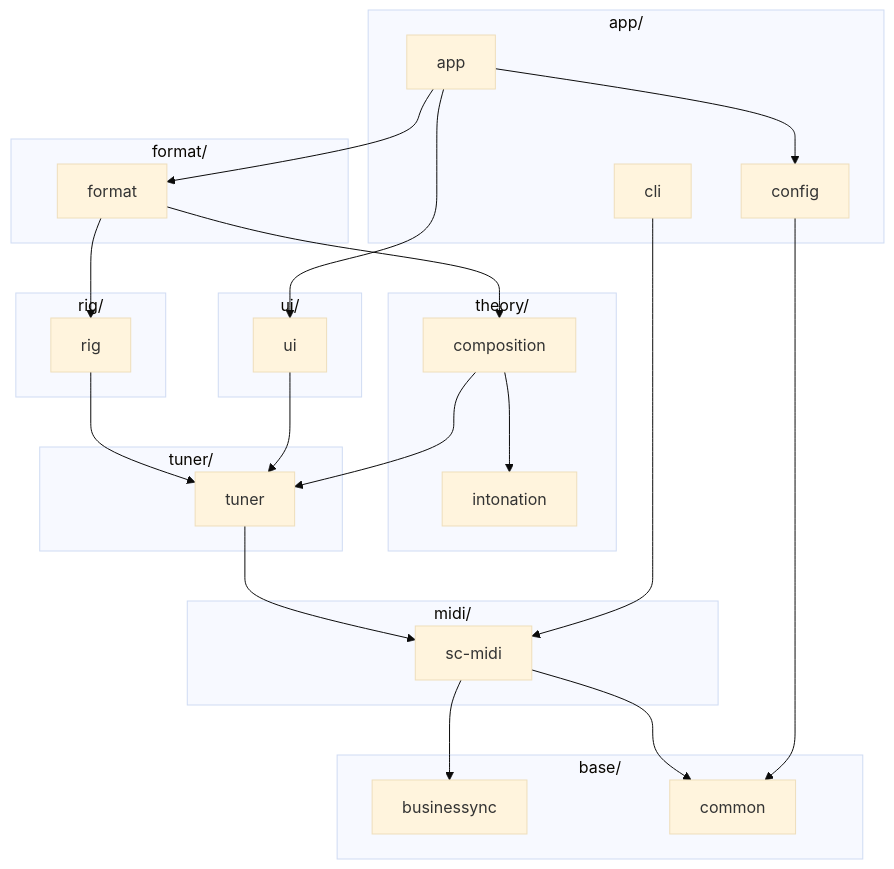
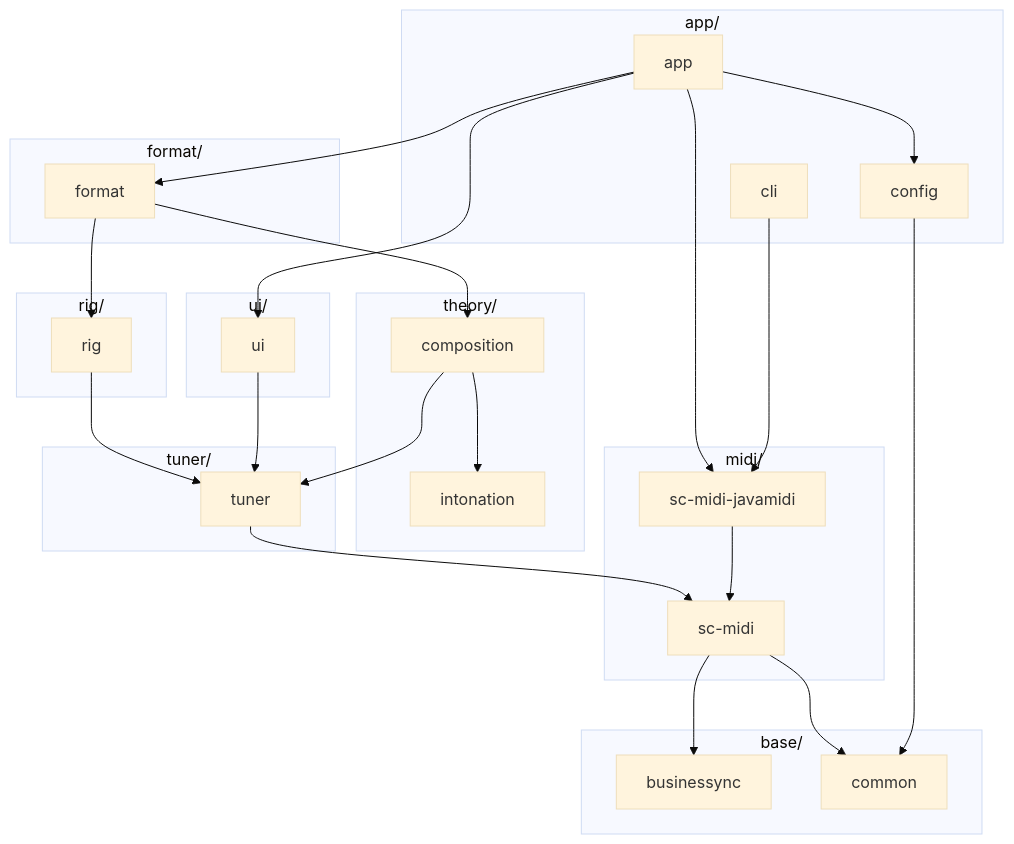
One commit to calinburloiu/microtonalist changed the diagram in docs/architecture/module-overview.md. Above: the diagram before and after it, drawn with Mermaid (base theme). The commit also changed other lines of this file and 27 other files, not shown here.

First line of the commit message:
[#366/#368] Move sc-midi's Java Sound implementation into a sc-midi-javamidi module (#373)

````diff
--- a/docs/architecture/module-overview.md
+++ b/docs/architecture/module-overview.md
@@ -41,40 +42,42 @@
 ```mermaid
 flowchart TD
   subgraph appGroup ["app/"]
     app
     config
     cli
   end
   subgraph uiGroup ["ui/"]
     ui
   end
   subgraph formatGroup ["format/"]
     format
   end
   subgraph rigGroup ["rig/"]
     rig
   end
   subgraph theoryGroup ["theory/"]
     composition
     intonation
   end
   subgraph tunerGroup ["tuner/"]
     tuner
   end
   subgraph midiGroup ["midi/"]
+    scMidiJavamidi["sc-midi-javamidi"]
     scMidi["sc-midi"]
   end
   subgraph baseGroup ["base/"]
     businessync
     common
   end
-  app --> config & ui & format
+  app --> config & ui & format & scMidiJavamidi
   format --> composition & rig
   composition --> intonation & tuner
   rig --> tuner
   ui --> tuner
   tuner --> scMidi
-  cli --> scMidi
+  cli --> scMidiJavamidi
+  scMidiJavamidi --> scMidi
   scMidi --> businessync & common
   config --> common
 ```
````
